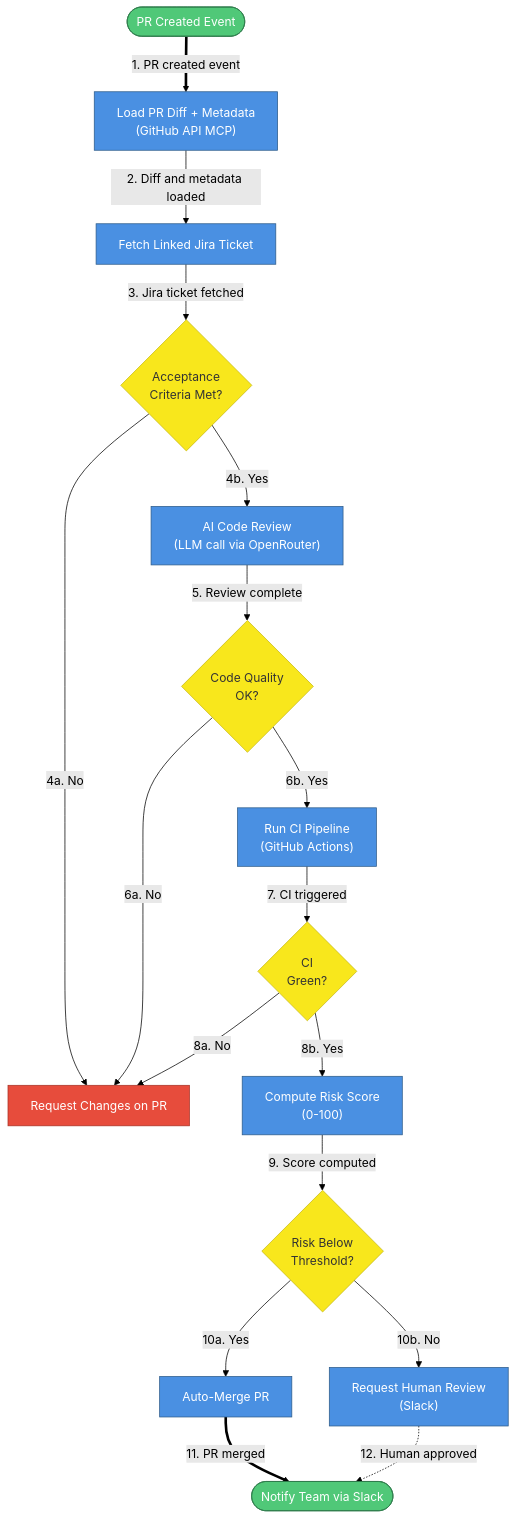
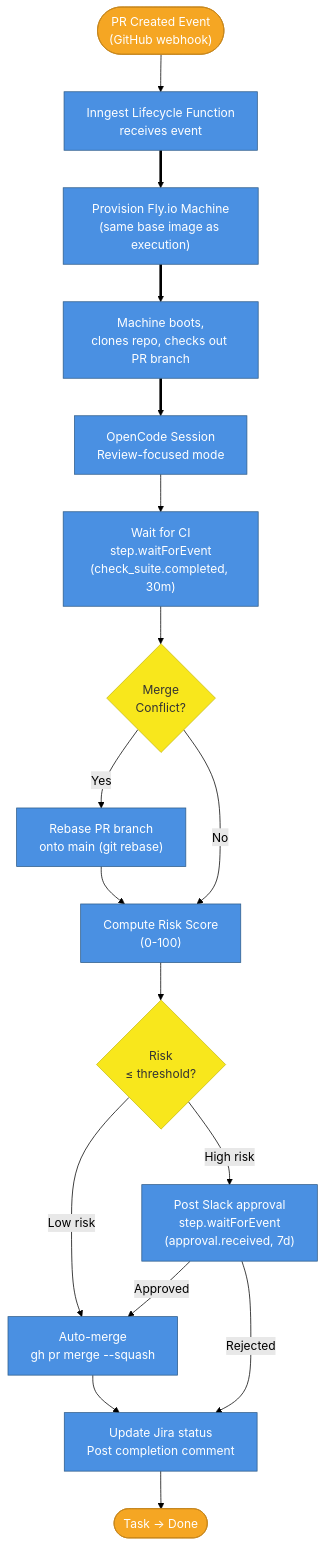
One commit to viiqswim/dozaldevs-ai-employee changed the ninth of 16 diagrams in docs/2026-03-22-2317-ai-employee-architecture.md. Above: the diagram before and after it, drawn with Mermaid (forest theme). The commit also changed other lines of this file, not shown here.

Commit message:
docs: rewrite review agent as Fly.io-backed, add nexus-stack refs, fix gateway claims, update costs

````diff
--- a/docs/2026-03-22-2317-ai-employee-architecture.md
+++ b/docs/2026-03-22-2317-ai-employee-architecture.md
@@ -907,39 +924,38 @@
 ```mermaid
 flowchart TD
-    PRWATCH(["PR Created Event"]):::event
-    LOAD["Load PR Diff + Metadata\n(GitHub API MCP)"]:::service
-    JIRA_CHECK["Fetch Linked Jira Ticket"]:::service
-    COMPARE{"Acceptance\nCriteria Met?"}:::decision
-    CODE_REVIEW["AI Code Review\n(LLM call via OpenRouter)"]:::service
-    QUALITY{"Code Quality\nOK?"}:::decision
-    CI["Run CI Pipeline\n(GitHub Actions)"]:::service
-    CI_PASS{"CI\nGreen?"}:::decision
+    TRIGGER(["PR Created Event\n(GitHub webhook)"]):::event
+    INNGEST["Inngest Lifecycle Function\nreceives event"]:::service
+    PROVISION["Provision Fly.io Machine\n(same base image as execution)"]:::service
+    BOOT["Machine boots,\nclones repo, checks out PR branch"]:::service
+    REVIEW["OpenCode Session\nReview-focused mode"]:::service
+    CI_WAIT["Wait for CI\nstep.waitForEvent\n(check_suite.completed, 30m)"]:::service
+    CONFLICT{"Merge\nConflict?"}:::decision
+    REBASE["Rebase PR branch\nonto main (git rebase)"]:::service
     RISK["Compute Risk Score\n(0-100)"]:::service
-    AUTO{"Risk Below\nThreshold?"}:::decision
-    MERGE["Auto-Merge PR"]:::service
-    HUMAN["Request Human Review\n(Slack)"]:::service
-    NOTIFY(["Notify Team via Slack"]):::event
-    REJECT["Request Changes on PR"]:::error
+    GATE{"Risk\n≤ threshold?"}:::decision
+    AUTOMERGE["Auto-merge\ngh pr merge --squash"]:::service
+    ESCALATE["Post Slack approval\nstep.waitForEvent\n(approval.received, 7d)"]:::service
+    JIRA_UPDATE["Update Jira status\nPost completion comment"]:::service
+    DONE(["Task → Done"]):::event
 
-    PRWATCH ==>|"1. PR created event"| LOAD
-    LOAD -->|"2. Diff and metadata loaded"| JIRA_CHECK
-    JIRA_CHECK -->|"3. Jira ticket fetched"| COMPARE
-    COMPARE -->|"4a. No"| REJECT
-    COMPARE -->|"4b. Yes"| CODE_REVIEW
-    CODE_REVIEW -->|"5. Review complete"| QUALITY
-    QUALITY -->|"6a. No"| REJECT
-    QUALITY -->|"6b. Yes"| CI
-    CI -->|"7. CI triggered"| CI_PASS
-    CI_PASS -->|"8a. No"| REJECT
-    CI_PASS -->|"8b. Yes"| RISK
-    RISK -->|"9. Score computed"| AUTO
-    AUTO -->|"10a. Yes"| MERGE
-    AUTO -->|"10b. No"| HUMAN
-    MERGE ==>|"11. PR merged"| NOTIFY
-    HUMAN -.->|"12. Human approved"| NOTIFY
+    TRIGGER --> INNGEST
+    INNGEST ==> PROVISION
+    PROVISION ==> BOOT
+    BOOT ==> REVIEW
+    REVIEW --> CI_WAIT
+    CI_WAIT --> CONFLICT
+    CONFLICT -->|"Yes"| REBASE
+    REBASE --> RISK
+    CONFLICT -->|"No"| RISK
+    RISK --> GATE
+    GATE -->|"Low risk"| AUTOMERGE
+    GATE -->|"High risk"| ESCALATE
+    AUTOMERGE --> JIRA_UPDATE
+    ESCALATE -->|"Approved"| AUTOMERGE
+    ESCALATE -->|"Rejected"| JIRA_UPDATE
+    JIRA_UPDATE --> DONE
 
+    classDef event fill:#F5A623,stroke:#C4841A,color:#fff
     classDef service fill:#4A90E2,stroke:#2E5C8A,color:#fff
-    classDef event fill:#50C878,stroke:#2D7A4A,color:#fff
     classDef decision fill:#F8E71C,stroke:#C7B916,color:#333
-    classDef error fill:#E74C3C,stroke:#A93226,color:#fff
 ```
````
